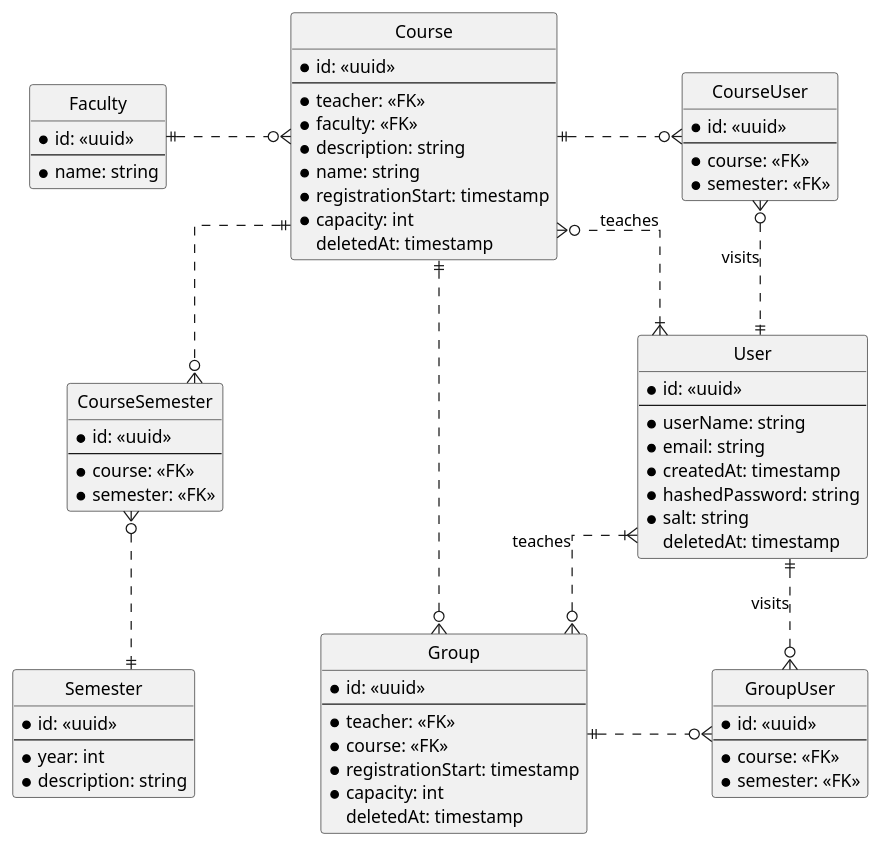
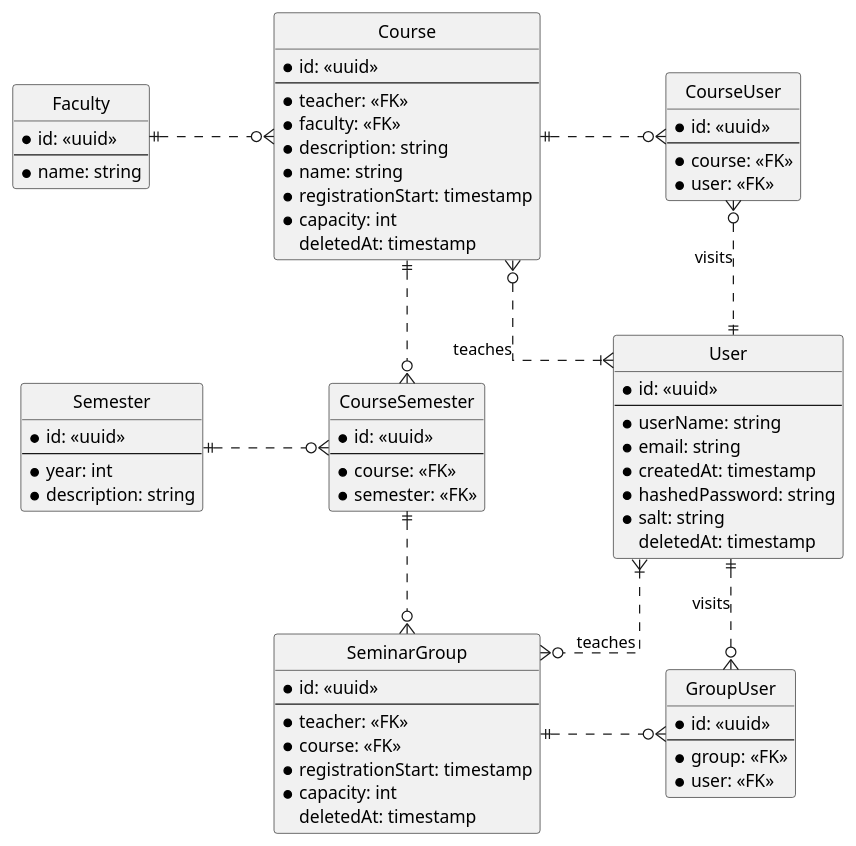
One commit to TheRikej/courses-registrator changed the diagram in diagrams/Registrator_ERD.puml. Above: the diagram before and after it, drawn with PlantUML. The commit also changed 1 other file, not shown here.

Commit message:
fix(ERD): Added connection between seminar groups and semesters

```diff
--- a/diagrams/Registrator_ERD.puml
+++ b/diagrams/Registrator_ERD.puml
@@ -1,89 +1,89 @@
 @startuml
 hide circle
 skinparam Linetype ortho
 skinparam Ranksep 60
 skinparam Nodesep 100
 
 entity User {
     * id: <<uuid>>
     ---
     * userName: string
     * email: string
     * createdAt: timestamp
     * hashedPassword: string
     * salt: string
     deletedAt: timestamp
 }
 
 entity Course{
     * id: <<uuid>>
     ---
     * teacher: <<FK>>
     * faculty: <<FK>>
     * description: string
     * name: string
     * registrationStart: timestamp
     * capacity: int
     deletedAt: timestamp
 }
 
-entity Group {
+entity SeminarGroup {
     * id: <<uuid>>
     ---
     * teacher: <<FK>>
     * course: <<FK>>
     * registrationStart: timestamp
     * capacity: int
     deletedAt: timestamp
 }
 
 entity Semester {
     * id: <<uuid>>
     ---
     * year: int
     * description: string
 }
 
 entity Faculty {
     * id: <<uuid>>
     ---
     * name: string
 }
 
 entity CourseSemester {
     * id: <<uuid>>
     ---
     * course: <<FK>>
     * semester: <<FK>>
 }
 
 entity CourseUser {
     * id: <<uuid>>
     ---
     * course: <<FK>>
-    * semester: <<FK>>
+    * user: <<FK>>
 }
 
 entity GroupUser {
     * id: <<uuid>>
     ---
-    * course: <<FK>>
-    * semester: <<FK>>
+    * group: <<FK>>
+    * user: <<FK>>
 }
 
-User ||.r.o{ GroupUser: visits
-Group ||.r.o{ GroupUser
+User ||..o{ GroupUser: visits
+SeminarGroup ||.r.o{ GroupUser
 
 User ||.u.o{ CourseUser: visits
 Course ||.r.o{ CourseUser
 
 Faculty ||.r.o{ Course
-Course||.l.o{ Group
+CourseSemester||..o{ SeminarGroup
 
 
-Course ||.d.o{ CourseSemester
-Semester||.u.o{ CourseSemester
+Course ||..o{ CourseSemester
+Semester||.r.o{ CourseSemester
 
-User }|..o{ Course: teaches
-User }|..o{ Group: teaches
+User }|.l.o{ Course: teaches
+User }|..o{ SeminarGroup: teaches
 @enduml
```
